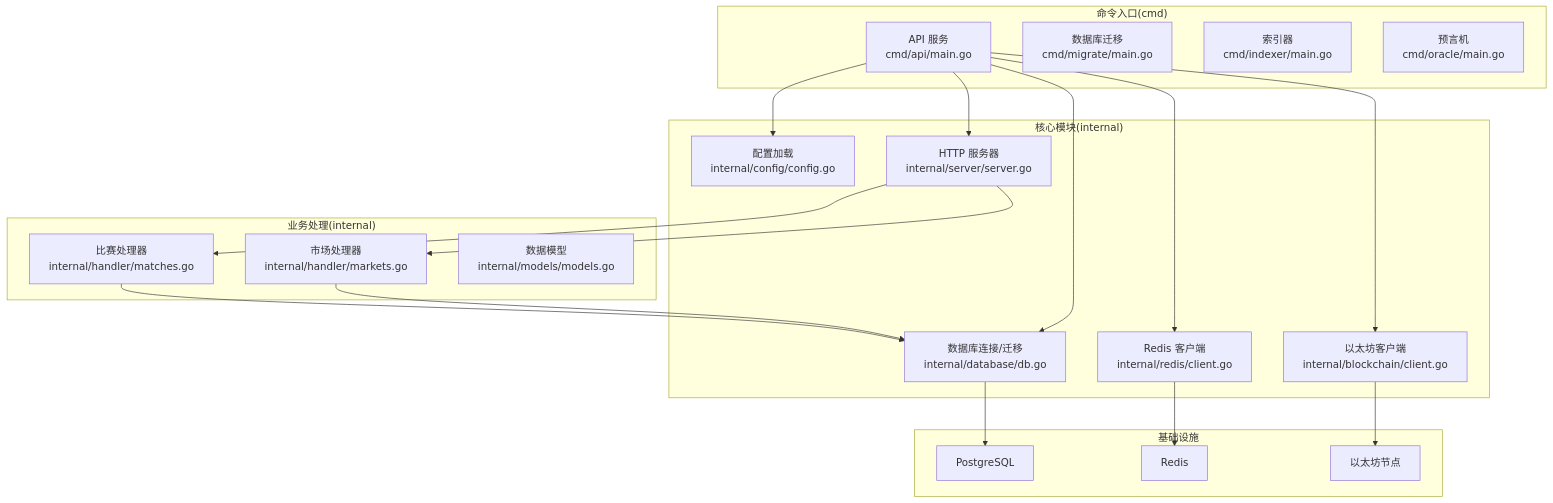
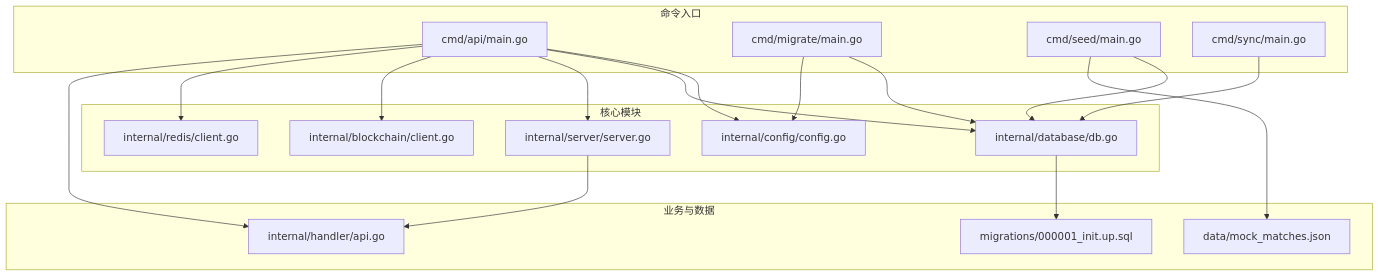
The first of 3 diagrams in backend/.qoder/repowiki/zh/content/快速开始.md (SimonHofman/PredictionDIDSimple), drawn with Mermaid before and after one commit. The commit also changed other lines of this file and 162 other files, not shown here.

````diff
--- a/backend/.qoder/repowiki/zh/content/快速开始.md
+++ b/backend/.qoder/repowiki/zh/content/快速开始.md
@@ -47,38 +49,34 @@
 ```mermaid
 graph TB
-subgraph "命令入口(cmd)"
-API["API 服务<br/>cmd/api/main.go"]
-MIG["数据库迁移<br/>cmd/migrate/main.go"]
-IDX["索引器<br/>cmd/indexer/main.go"]
-ORA["预言机<br/>cmd/oracle/main.go"]
+subgraph "命令入口"
+API["cmd/api/main.go"]
+MIG["cmd/migrate/main.go"]
+SEED["cmd/seed/main.go"]
+SYNC["cmd/sync/main.go"]
 end
-subgraph "核心模块(internal)"
-CFG["配置加载<br/>internal/config/config.go"]
-DB["数据库连接/迁移<br/>internal/database/db.go"]
-RDS["Redis 客户端<br/>internal/redis/client.go"]
-BCC["以太坊客户端<br/>internal/blockchain/client.go"]
-SRV["HTTP 服务器<br/>internal/server/server.go"]
+subgraph "核心模块"
+CFG["internal/config/config.go"]
+DB["internal/database/db.go"]
+SRV["internal/server/server.go"]
+BC["internal/blockchain/client.go"]
+RDS["internal/redis/client.go"]
 end
-subgraph "业务处理(internal)"
-HMR["市场处理器<br/>internal/handler/markets.go"]
-HMT["比赛处理器<br/>internal/handler/matches.go"]
-MOD["数据模型<br/>internal/models/models.go"]
-end
-subgraph "基础设施"
-PG["PostgreSQL"]
-RD["Redis"]
-ETH["以太坊节点"]
+subgraph "业务与数据"
+HANDLER["internal/handler/api.go"]
+MIGSQL["migrations/000001_init.up.sql"]
+DATA["data/mock_matches.json"]
 end
 API --> CFG
 API --> DB
+API --> SRV
+API --> BC
 API --> RDS
-API --> BCC
-API --> SRV
-SRV --> HMR
-SRV --> HMT
-HMR --> DB
-HMT --> DB
-DB --> PG
-RDS --> RD
-BCC --> ETH
+API --> HANDLER
+MIG --> DB
+MIG --> CFG
+SEED --> DB
+SEED --> DATA
+SYNC --> DB
+SRV --> HANDLER
+DB --> MIGSQL
 ```
````
